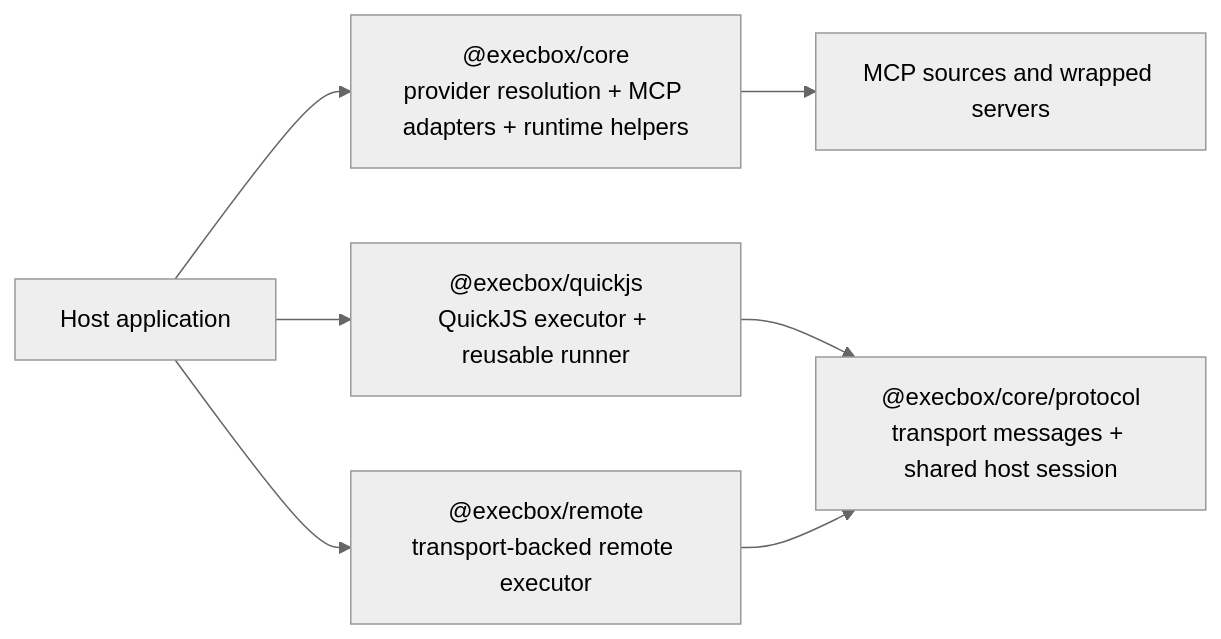
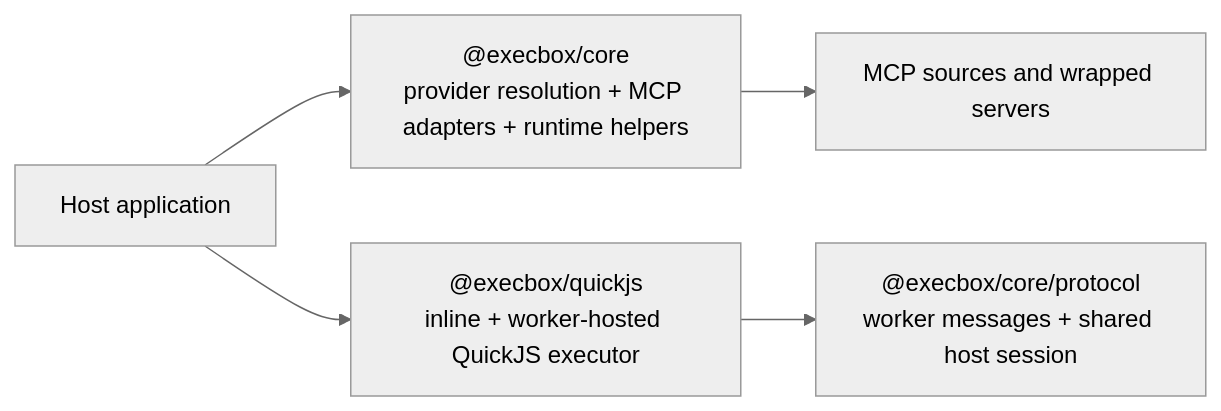
Before and after one commit to aallam/execbox: the diagram in docs/src/content/docs/architecture/index.md, drawn with Mermaid (neutral theme). The commit also changed other lines of this file and 49 other files, not shown here.

````diff
--- a/docs/src/content/docs/architecture/index.md
+++ b/docs/src/content/docs/architecture/index.md
@@ -27,16 +25,13 @@
 ```mermaid
 flowchart LR
     APP["Host application"]
     CORE["@execbox/core<br/>provider resolution + MCP adapters + runtime helpers"]
-    QJS["@execbox/quickjs<br/>QuickJS executor + reusable runner"]
-    REM["@execbox/remote<br/>transport-backed remote executor"]
-    PROTO["@execbox/core/protocol<br/>transport messages + shared host session"]
+    QJS["@execbox/quickjs<br/>inline + worker-hosted QuickJS executor"]
+    PROTO["@execbox/core/protocol<br/>worker messages + shared host session"]
     MCP["MCP sources and wrapped servers"]
 
     APP --> CORE
     APP --> QJS
-    APP --> REM
     CORE --> MCP
     QJS --> PROTO
-    REM --> PROTO
 ```
````
